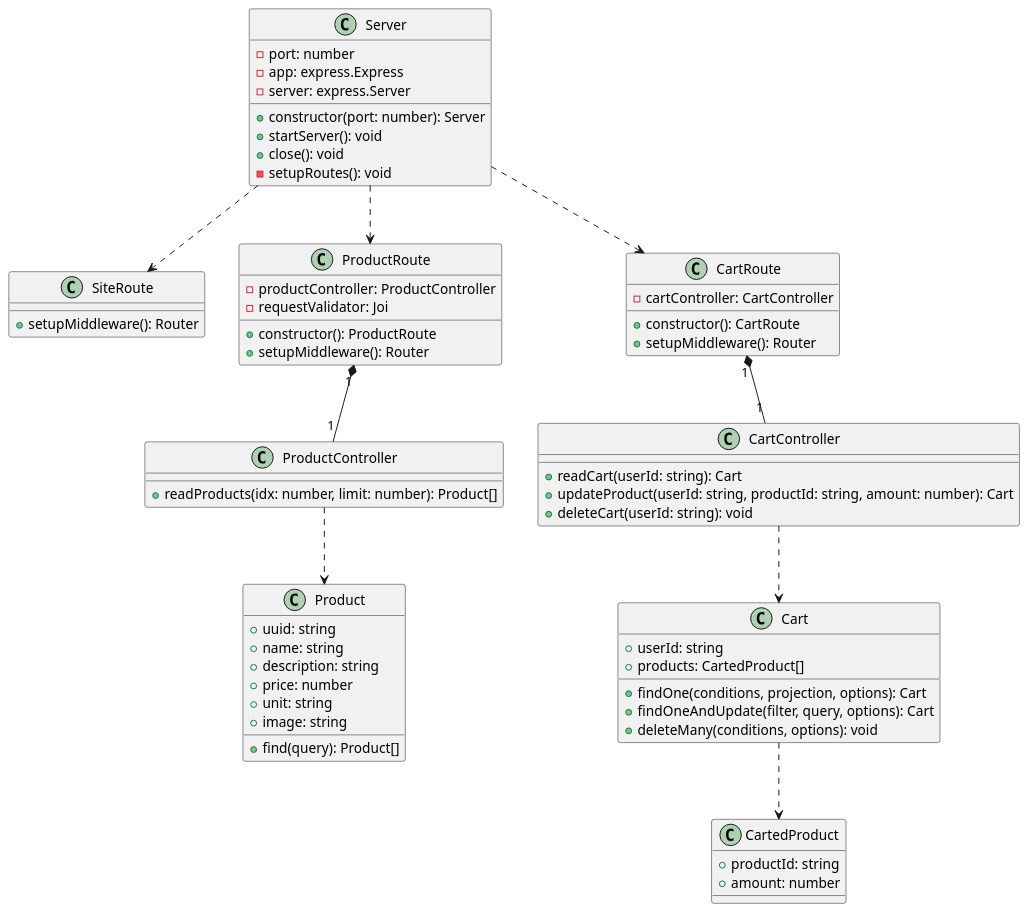
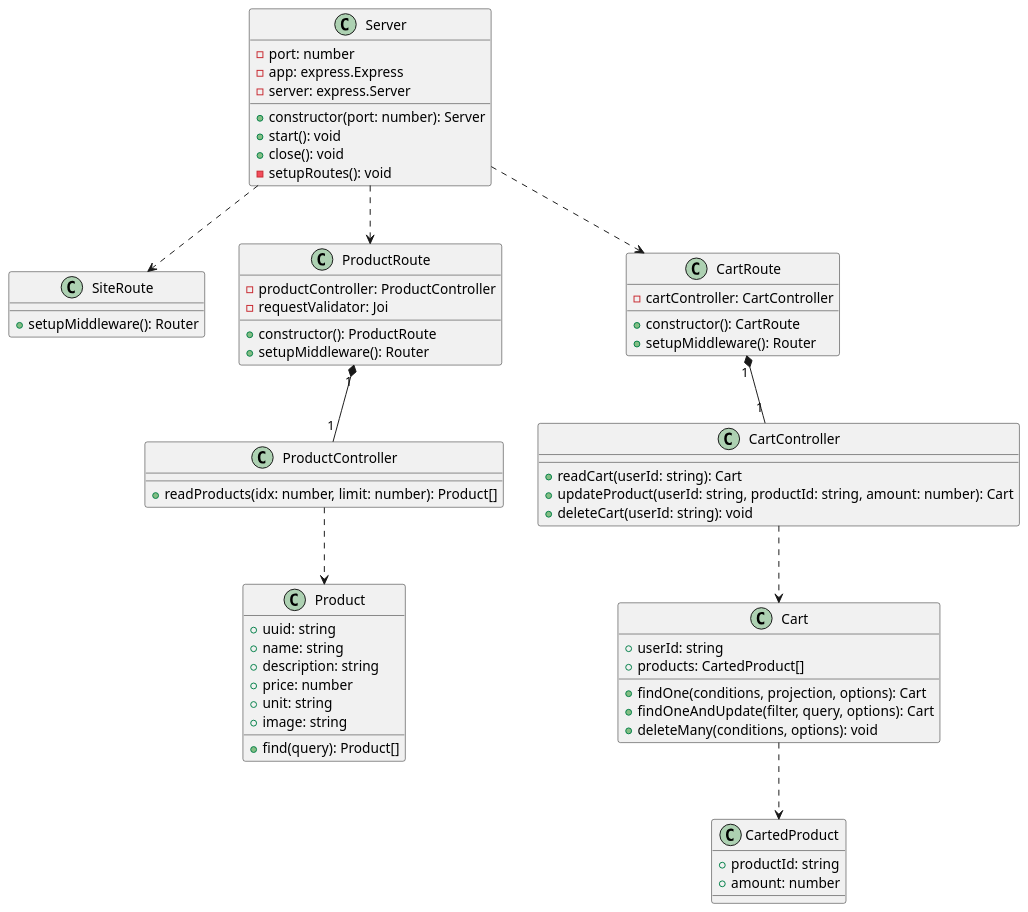
Before and after one commit to sofush/grontsag: the diagram in diagram/class-diagram.puml, drawn with PlantUML. The commit also changed 3 other files, not shown here.

Commit message:
refactor: rename startServer() and closeServer() methods

```diff
--- a/diagram/class-diagram.puml
+++ b/diagram/class-diagram.puml
@@ -1,76 +1,76 @@
 @startuml class diagram
 scale 1920*1080
 
 ' Classes
 class Server {
   - port: number
   - app: express.Express
   - server: express.Server
   + constructor(port: number): Server
-  + startServer(): void
+  + start(): void
   + close(): void
   - setupRoutes(): void
 }
 class SiteRoute {
   + setupMiddleware(): Router
 }
 
 ' Classes - Product
 class ProductRoute {
   - productController: ProductController
   - requestValidator: Joi
   + constructor(): ProductRoute
   + setupMiddleware(): Router
 }
 class ProductController {
   + readProducts(idx: number, limit: number): Product[]
 }
 class Product {
   + uuid: string
   + name: string
   + description: string
   + price: number
   + unit: string
   + image: string
   + find(query): Product[]
 }
 
 ' Classes - Cart
 class CartRoute {
   - cartController: CartController
   + constructor(): CartRoute
   + setupMiddleware(): Router
 }
 class CartController {
   + readCart(userId: string): Cart
   + updateProduct(userId: string, productId: string, amount: number): Cart
   + deleteCart(userId: string): void
 }
 class Cart {
   + userId: string
   + products: CartedProduct[]
   + findOne(conditions, projection, options): Cart
   + findOneAndUpdate(filter, query, options): Cart
   + deleteMany(conditions, options): void
 }
 class CartedProduct {
   + productId: string
   + amount: number
 }
 
 ' Relationships from Server to routes
 Server ..> ProductRoute
 Server ..> CartRoute
 Server ..> SiteRoute
 
 ' Relationships from routes to controllers
 ProductRoute "1" *-- "1" ProductController
 CartRoute "1" *-- "1" CartController
 
 ' Relationships from controllers to models
 ProductController ..> Product
 CartController ..> Cart
 
 ' Relationships between models
 Cart ..> CartedProduct
 @enduml
```
